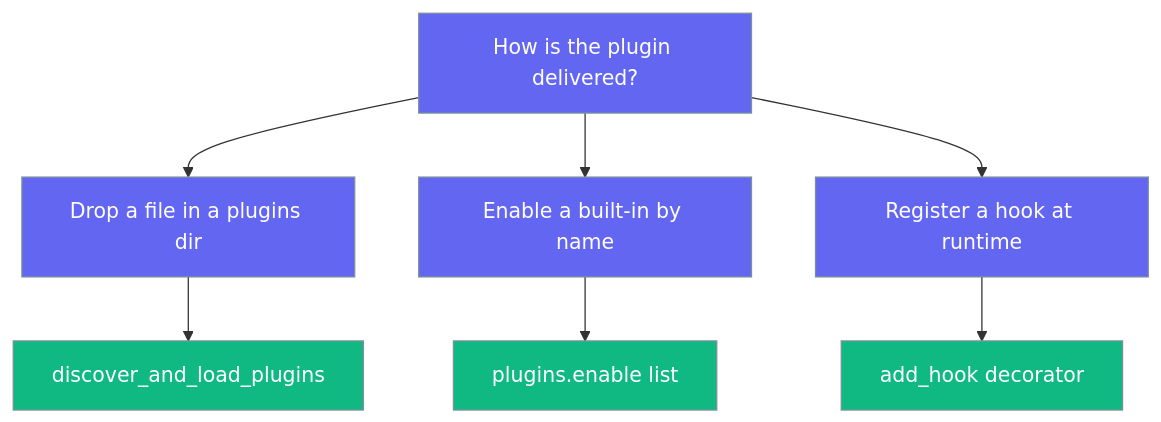
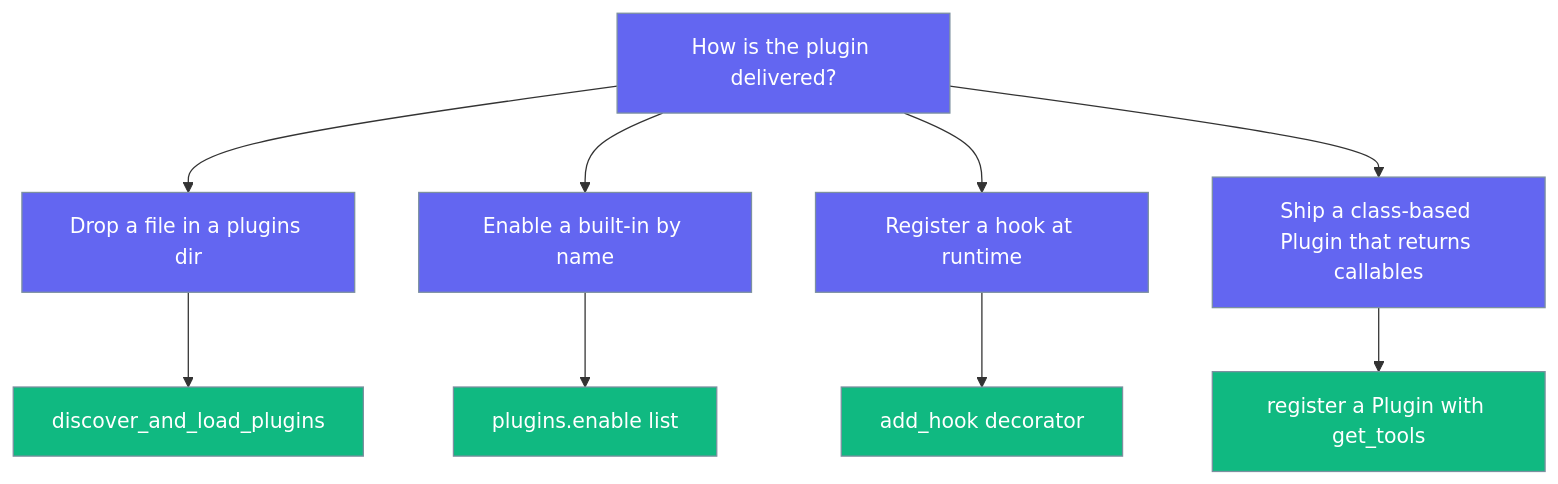
Before and after one commit to MervinPraison/PraisonAIDocs: the fourth of 19 diagrams in docs/features/plugins.mdx, drawn with Mermaid. The commit also changed other lines of this file and 2 other files, not shown here.

First line of the commit message:
docs: document PluginType.TOOL / Plugin.get_tools() wiring into every Agent (fixes #4082)

````diff
--- a/docs/features/plugins.mdx
+++ b/docs/features/plugins.mdx
@@ -179,14 +179,16 @@
 ```mermaid
 graph TB
     Q[How is the plugin delivered?] --> A[Drop a file in a plugins dir]
     Q --> B[Enable a built-in by name]
     Q --> C[Register a hook at runtime]
+    Q --> D[Ship a class-based Plugin that returns callables]
     A --> R1[discover_and_load_plugins]
     B --> R2[plugins.enable list]
     C --> R3[add_hook decorator]
+    D --> R4[register a Plugin with get_tools]
 
     classDef decision fill:#6366F1,stroke:#7C90A0,color:#fff
     classDef option fill:#10B981,stroke:#7C90A0,color:#fff
-    class Q,A,B,C decision
-    class R1,R2,R3 option
+    class Q,A,B,C,D decision
+    class R1,R2,R3,R4 option
 ```
````
